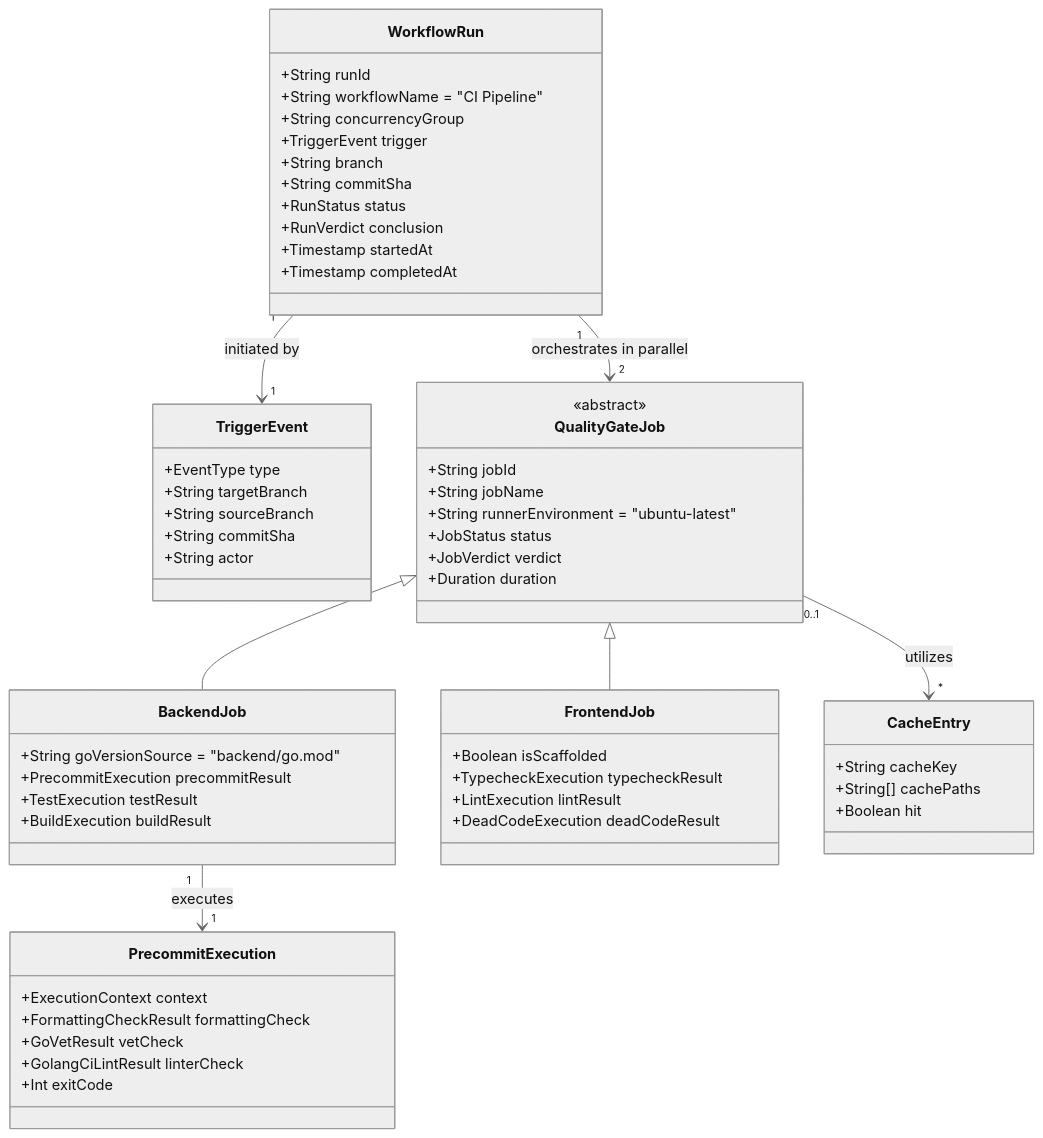
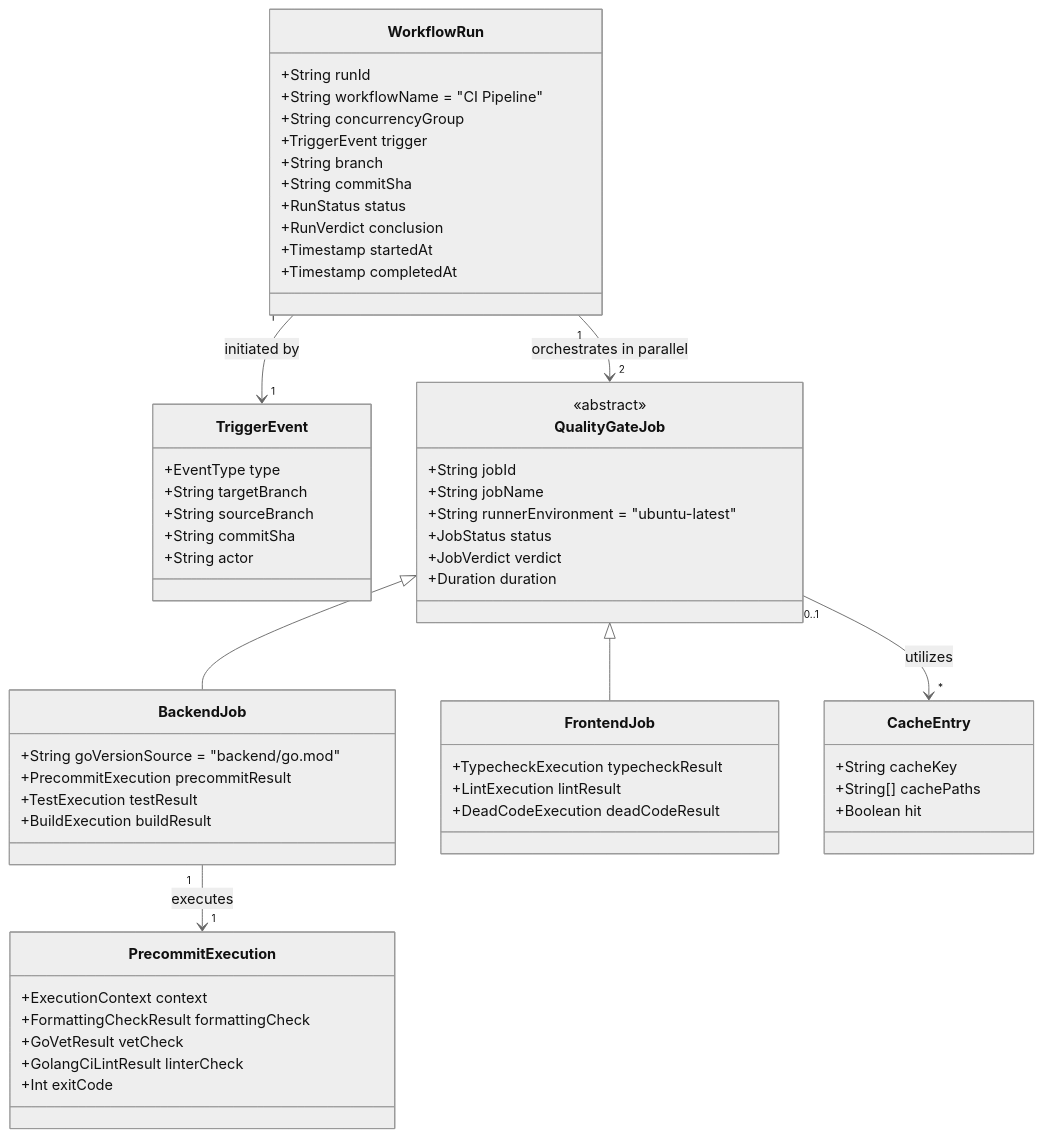
The first of 2 diagrams in specs/001-github-actions-ci/data-model.md (nicotorboli/2026s2-desapp-NoSePudo), drawn with Mermaid (neutral theme) before and after one commit. The commit also changed other lines of this file and 7 other files, not shown here.

````diff
--- a/specs/001-github-actions-ci/data-model.md
+++ b/specs/001-github-actions-ci/data-model.md
@@ -15,68 +15,67 @@
 ```mermaid
 classDiagram
     class WorkflowRun {
         +String runId
         +String workflowName = "CI Pipeline"
         +String concurrencyGroup
         +TriggerEvent trigger
         +String branch
         +String commitSha
         +RunStatus status
         +RunVerdict conclusion
         +Timestamp startedAt
         +Timestamp completedAt
     }
 
     class TriggerEvent {
         +EventType type
         +String targetBranch
         +String sourceBranch
         +String commitSha
         +String actor
     }
 
     class QualityGateJob {
         <<abstract>>
         +String jobId
         +String jobName
         +String runnerEnvironment = "ubuntu-latest"
         +JobStatus status
         +JobVerdict verdict
         +Duration duration
     }
 
     class BackendJob {
         +String goVersionSource = "backend/go.mod"
         +PrecommitExecution precommitResult
         +TestExecution testResult
         +BuildExecution buildResult
     }
 
     class FrontendJob {
-        +Boolean isScaffolded
         +TypecheckExecution typecheckResult
         +LintExecution lintResult
         +DeadCodeExecution deadCodeResult
     }
 
     class PrecommitExecution {
         +ExecutionContext context
         +FormattingCheckResult formattingCheck
         +GoVetResult vetCheck
         +GolangCiLintResult linterCheck
         +Int exitCode
     }
 
     class CacheEntry {
         +String cacheKey
         +String[] cachePaths
         +Boolean hit
     }
 
     WorkflowRun "1" --> "1" TriggerEvent : initiated by
     WorkflowRun "1" --> "2" QualityGateJob : orchestrates in parallel
     QualityGateJob <|-- BackendJob
     QualityGateJob <|-- FrontendJob
     BackendJob "1" --> "1" PrecommitExecution : executes
     QualityGateJob "0..1" --> "*" CacheEntry : utilizes
 ```
````
